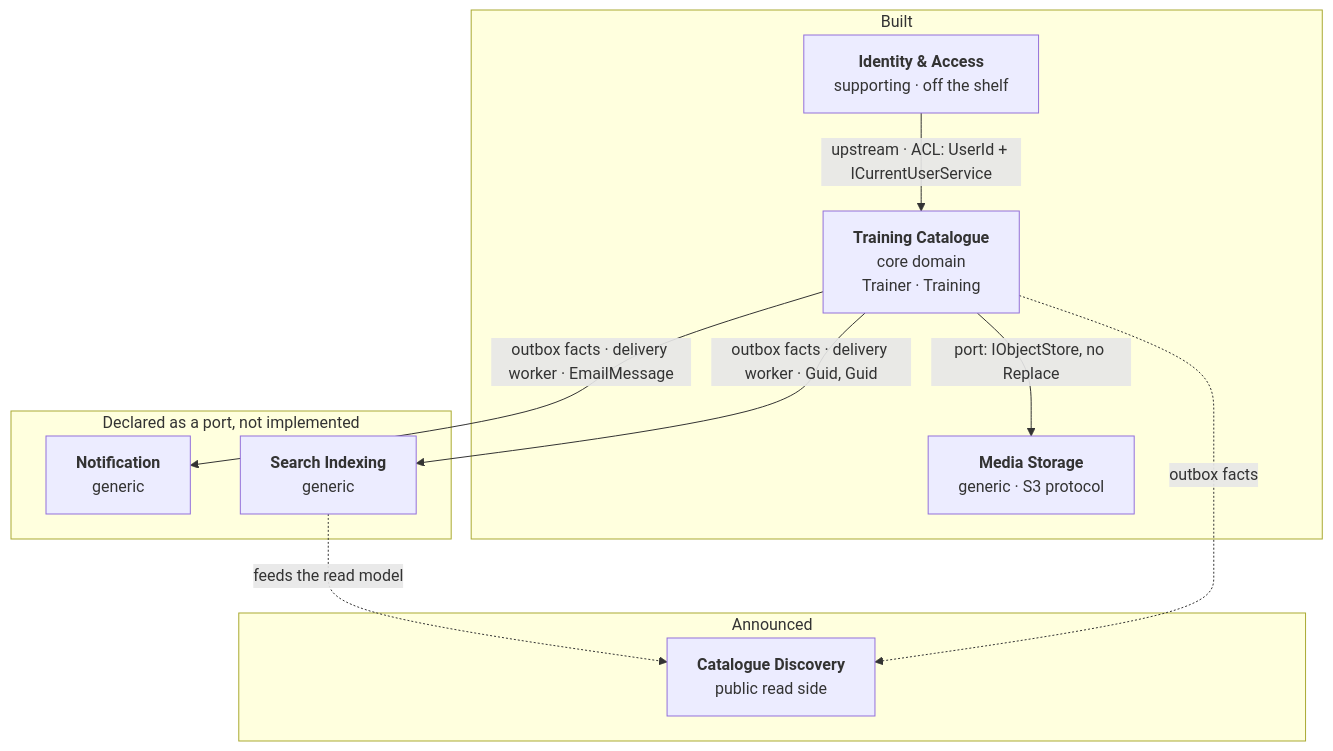
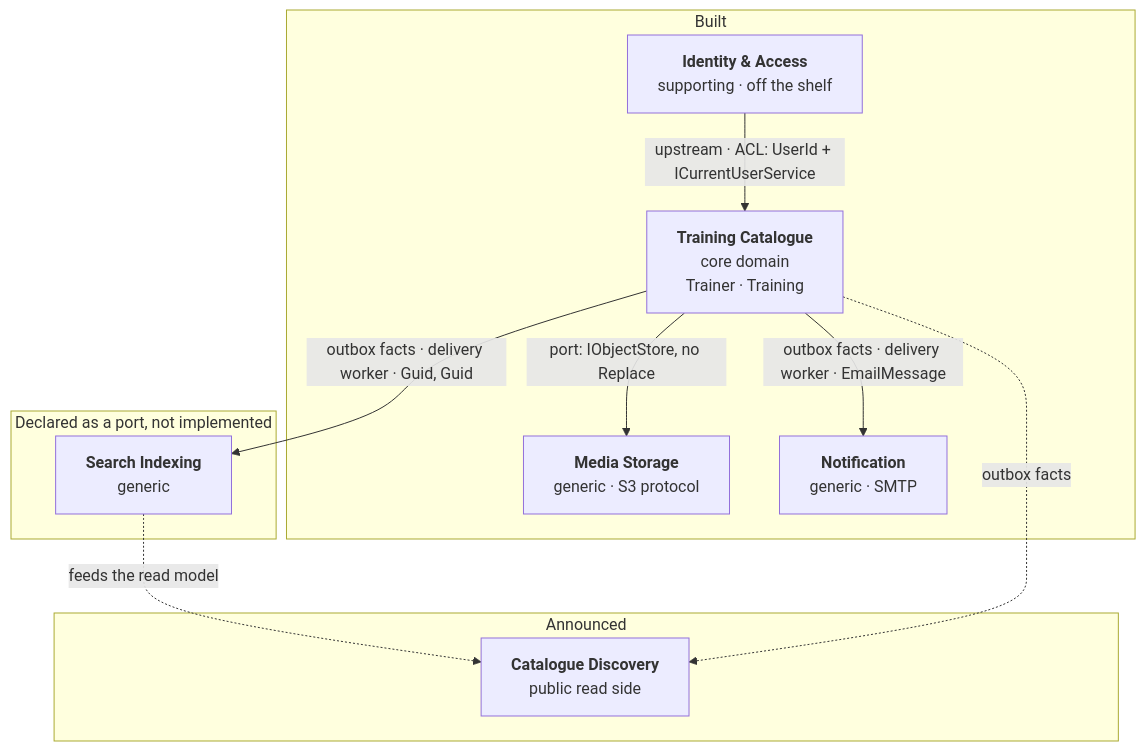
The diagram in docs/strategic-design/context-map.md (maxime-poulain/BLRefactoring), drawn with Mermaid before and after one commit. The commit also changed other lines of this file and 16 other files, not shown here.

````diff
--- a/docs/strategic-design/context-map.md
+++ b/docs/strategic-design/context-map.md
@@ -9,24 +9,24 @@
 ```mermaid
 flowchart TB
     subgraph built ["Built"]
         TC["<b>Training Catalogue</b><br/>core domain<br/>Trainer · Training"]
         IA["<b>Identity &amp; Access</b><br/>supporting · off the shelf"]
         MS["<b>Media Storage</b><br/>generic · S3 protocol"]
+        NT["<b>Notification</b><br/>generic · SMTP"]
     end
 
     subgraph ports ["Declared as a port, not implemented"]
-        NT["<b>Notification</b><br/>generic"]
         SI["<b>Search Indexing</b><br/>generic"]
     end
 
     subgraph planned ["Announced"]
         CD["<b>Catalogue Discovery</b><br/>public read side"]
     end
 
     IA -- "upstream · ACL: UserId + ICurrentUserService" --> TC
     TC -- "outbox facts · delivery worker · EmailMessage" --> NT
     TC -- "outbox facts · delivery worker · Guid, Guid" --> SI
     TC -- "port: IObjectStore, no Replace" --> MS
     SI -. "feeds the read model" .-> CD
     TC -. "outbox facts" .-> CD
 ```
````
